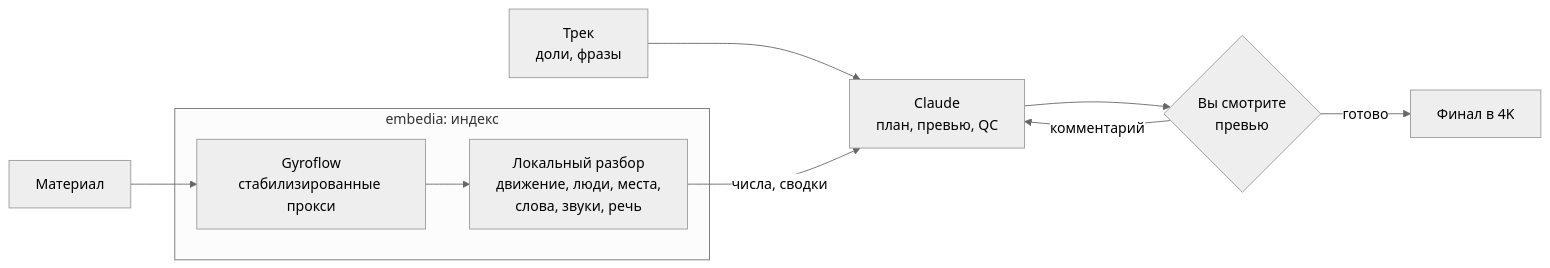
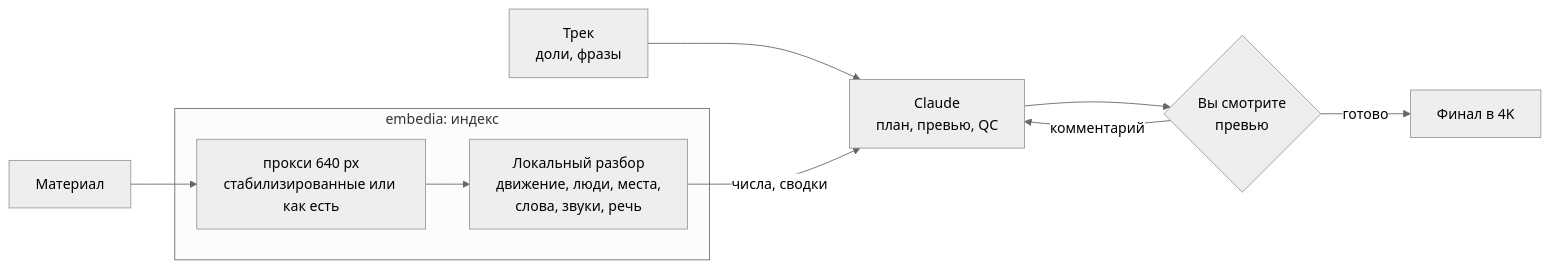
The diagram in README.ru.md (parhipov/montAIge), drawn with Mermaid (neutral theme) before and after one commit. The commit also changed other lines of this file and 13 other files, not shown here.

````diff
--- a/README.ru.md
+++ b/README.ru.md
@@ -123,12 +123,12 @@
 ```mermaid
 flowchart LR
-  F["Материал"] --> R["Gyroflow<br/>стабилизированные прокси"]
+  F["Материал"] --> R["прокси 640 px<br/>стабилизированные или как есть"]
   subgraph I["embedia: индекс"]
     R --> P["Локальный разбор<br/>движение, люди, места,<br/>слова, звуки, речь"]
   end
   M["Трек<br/>доли, фразы"] --> E
   P -- "числа, сводки" --> E["Claude<br/>план, превью, QC"]
   E --> O{"Вы смотрите<br/>превью"}
   O -- "комментарий" --> E
   O -- "готово" --> X["Финал в 4K"]
 ```
````
